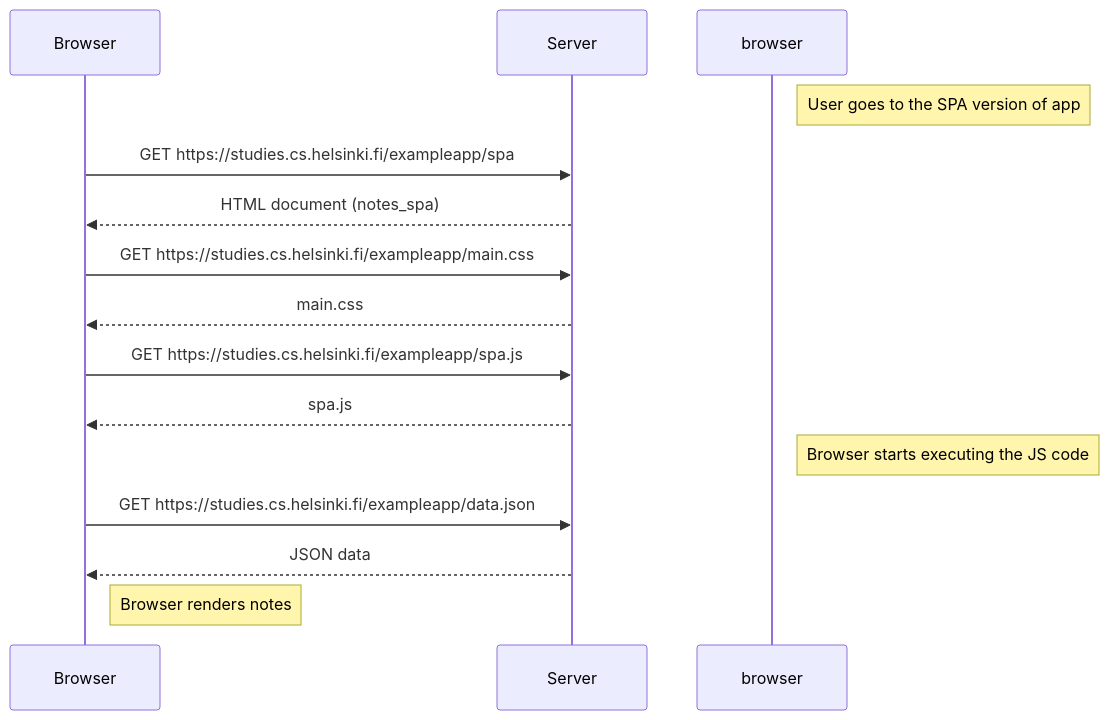
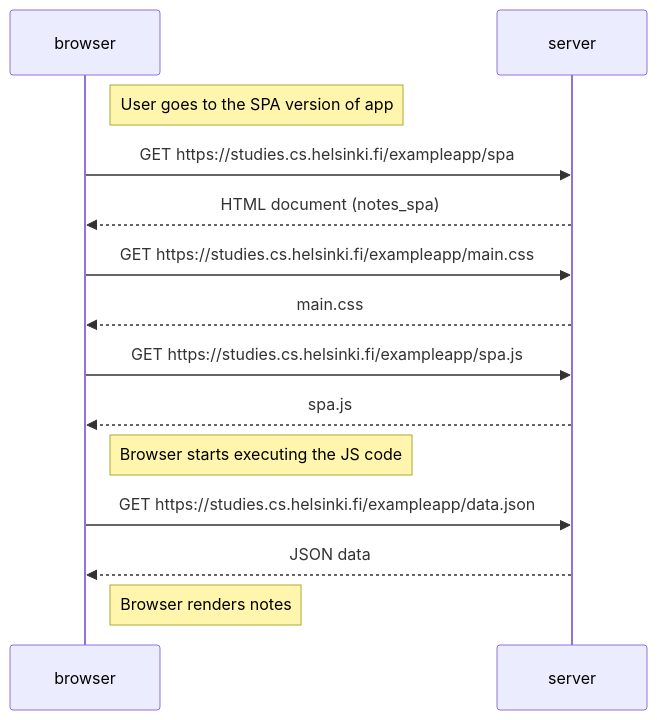
Before and after one commit to karnaker/fullstackopen-exercises: the diagram in part0/0.5-spa-diagram.md, drawn with Mermaid. The commit also changed 1 other file, not shown here.

Commit message:
Solve 0.5-0.6: Fix participant labels

````diff
--- a/part0/0.5-spa-diagram.md
+++ b/part0/0.5-spa-diagram.md
@@ -1,18 +1,18 @@
 ```mermaid
 sequenceDiagram
-    participant Browser
-    participant Server
+    participant browser
+    participant server
 
     Note right of browser: User goes to the SPA version of app
 
-    Browser->>Server: GET https://studies.cs.helsinki.fi/exampleapp/spa
-    Server-->>Browser: HTML document (notes_spa)
-    Browser->>Server: GET https://studies.cs.helsinki.fi/exampleapp/main.css
-    Server-->>Browser: main.css
-    Browser->>Server: GET https://studies.cs.helsinki.fi/exampleapp/spa.js
-    Server-->>Browser: spa.js
+    browser->>server: GET https://studies.cs.helsinki.fi/exampleapp/spa
+    server-->>browser: HTML document (notes_spa)
+    browser->>server: GET https://studies.cs.helsinki.fi/exampleapp/main.css
+    server-->>browser: main.css
+    browser->>server: GET https://studies.cs.helsinki.fi/exampleapp/spa.js
+    server-->>browser: spa.js
     Note right of browser: Browser starts executing the JS code
-    Browser->>Server: GET https://studies.cs.helsinki.fi/exampleapp/data.json
-    Server-->>Browser: JSON data
-    Note right of Browser: Browser renders notes
+    browser->>server: GET https://studies.cs.helsinki.fi/exampleapp/data.json
+    server-->>browser: JSON data
+    Note right of browser: Browser renders notes
 ```
````
